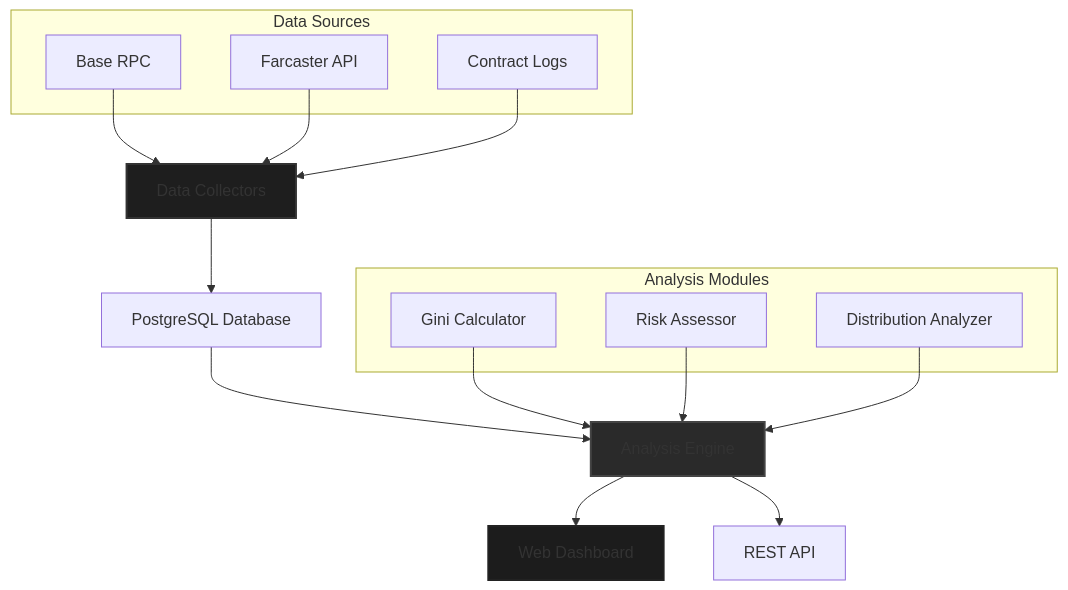
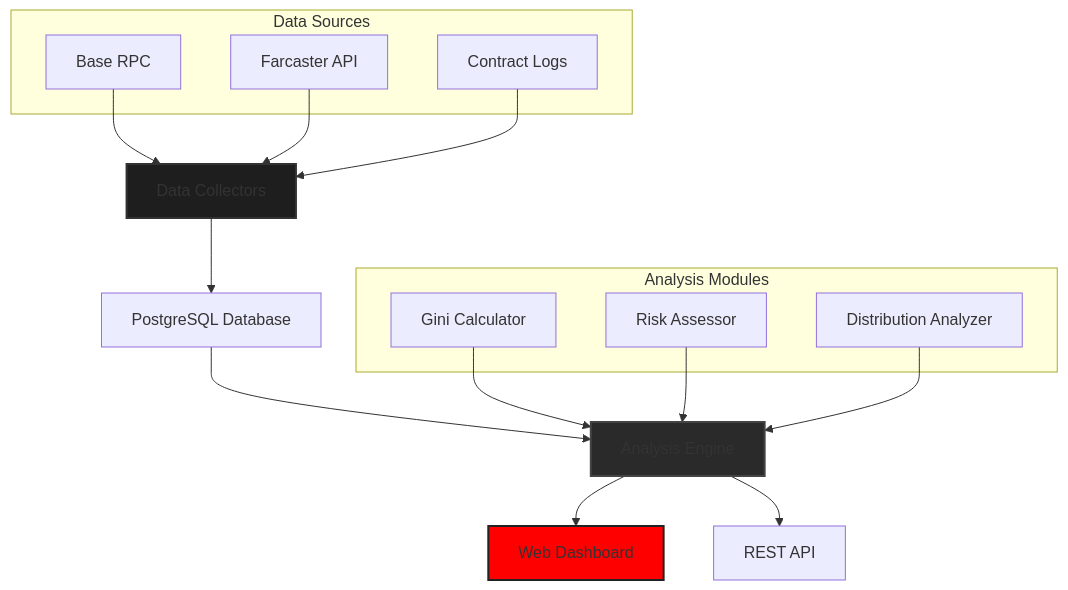
Before and after one commit to Adrijan-Petek/base-monitor: the diagram in README.md, drawn with Mermaid. The commit also changed other lines of this file, not shown here.

Commit message:
Update README with new content and formatting

````diff
--- a/README.md
+++ b/README.md
@@ -95,31 +95,31 @@
 ```mermaid
 graph TB
     A[Data Collectors] --> B[PostgreSQL Database]
     B --> C[Analysis Engine]
     C --> D[Web Dashboard]
     C --> E[REST API]
 
     subgraph "Data Sources"
         F[Base RPC]
         G[Farcaster API]
         H[Contract Logs]
     end
 
     subgraph "Analysis Modules"
         I[Gini Calculator]
         J[Risk Assessor]
         K[Distribution Analyzer]
     end
 
     F --> A
     G --> A
     H --> A
 
     I --> C
     J --> C
     K --> C
 
     style A fill:#1e1e1e,stroke:#333,stroke-width:2px
     style C fill:#2a2a2a,stroke:#444,stroke-width:2px
-    style D fill:#1c1c1c,stroke:#222,stroke-width:2px
+    style D fill:#ff0000,stroke:#222,stroke-width:2px
 ```
````
